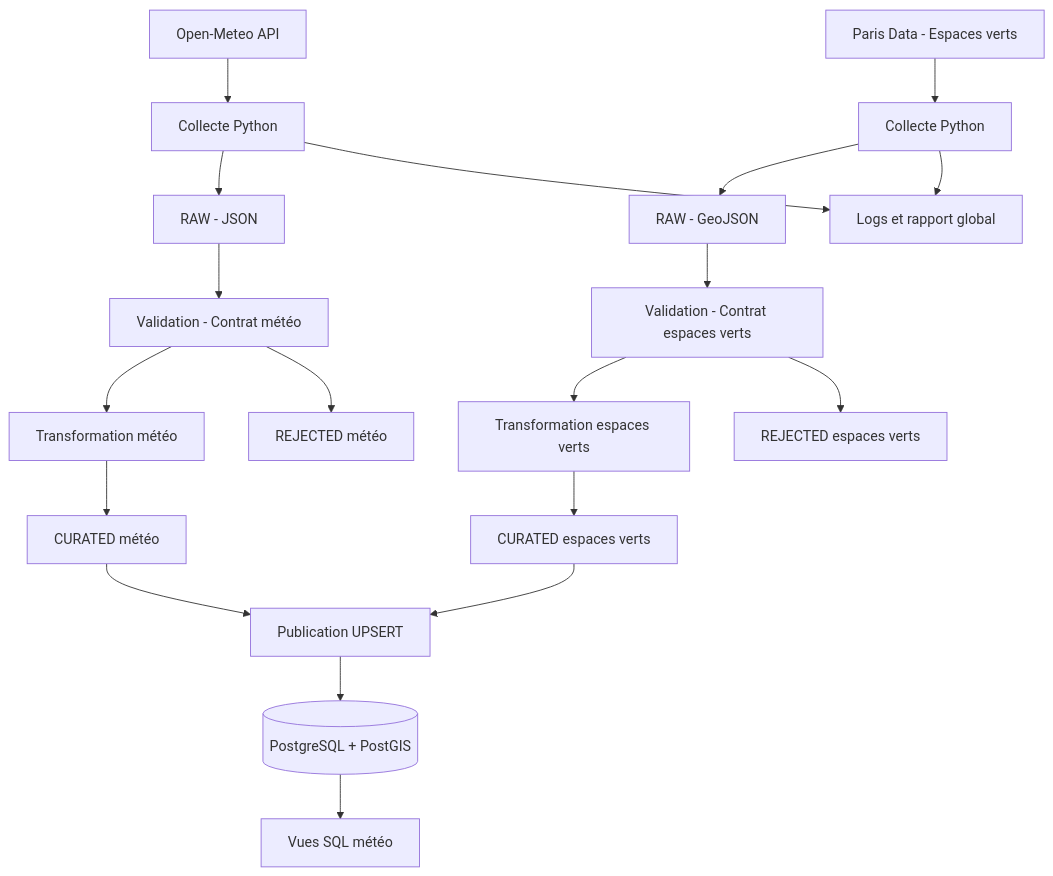
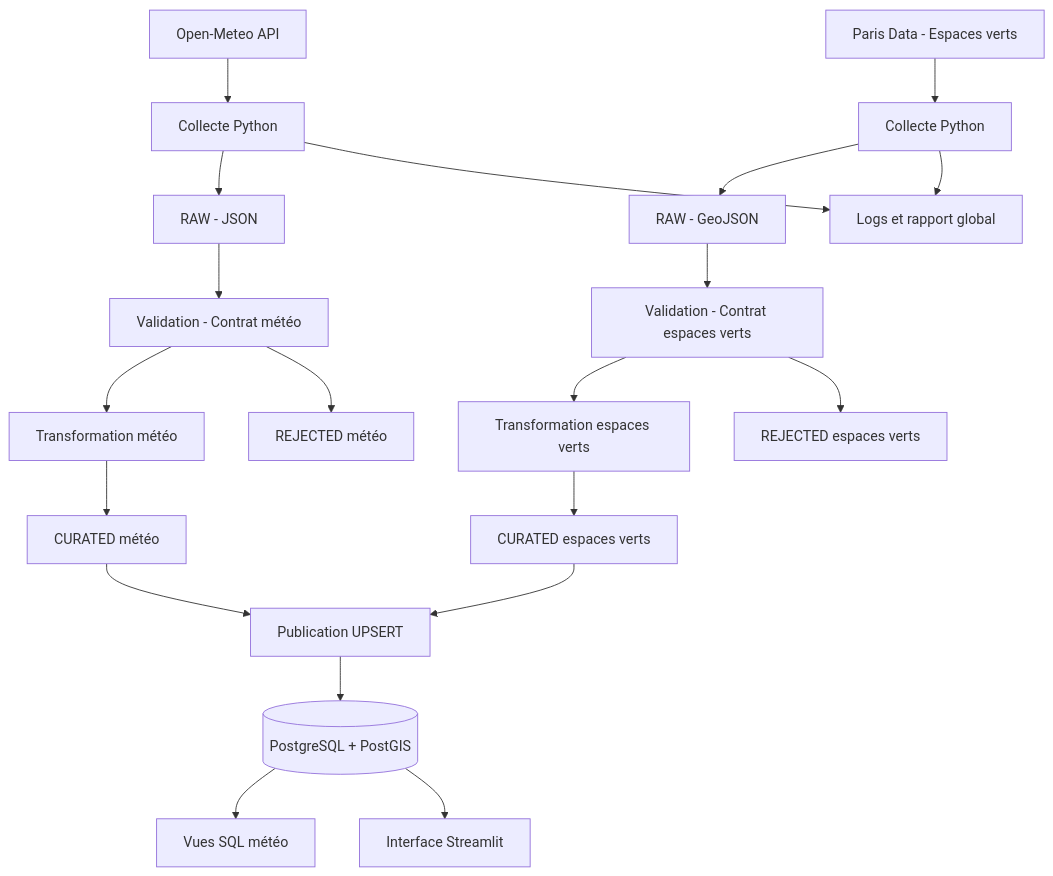
One commit to Abirdaboussi/SmartBreak changed the diagram in README.md. Above: the diagram before and after it, drawn with Mermaid. The commit also changed other lines of this file and 3 other files, not shown here.

````diff
--- a/README.md
+++ b/README.md
@@ -93,21 +96,30 @@
 ```mermaid
 flowchart TD
     A["Open-Meteo API"] --> C["Collecte Python"]
     B["Paris Data - Espaces verts"] --> D["Collecte Python"]
+
     C --> E["RAW - JSON"]
     D --> F["RAW - GeoJSON"]
+
     E --> G["Validation - Contrat météo"]
     F --> H["Validation - Contrat espaces verts"]
+
     G --> I["Transformation météo"]
     H --> J["Transformation espaces verts"]
+
     G --> K["REJECTED météo"]
     H --> L["REJECTED espaces verts"]
+
     I --> M["CURATED météo"]
     J --> N["CURATED espaces verts"]
+
     M --> O["Publication UPSERT"]
     N --> O
+
     O --> P[("PostgreSQL + PostGIS")]
     P --> Q["Vues SQL météo"]
+    P --> S["Interface Streamlit"]
+
     C --> R["Logs et rapport global"]
     D --> R
 ```
````
